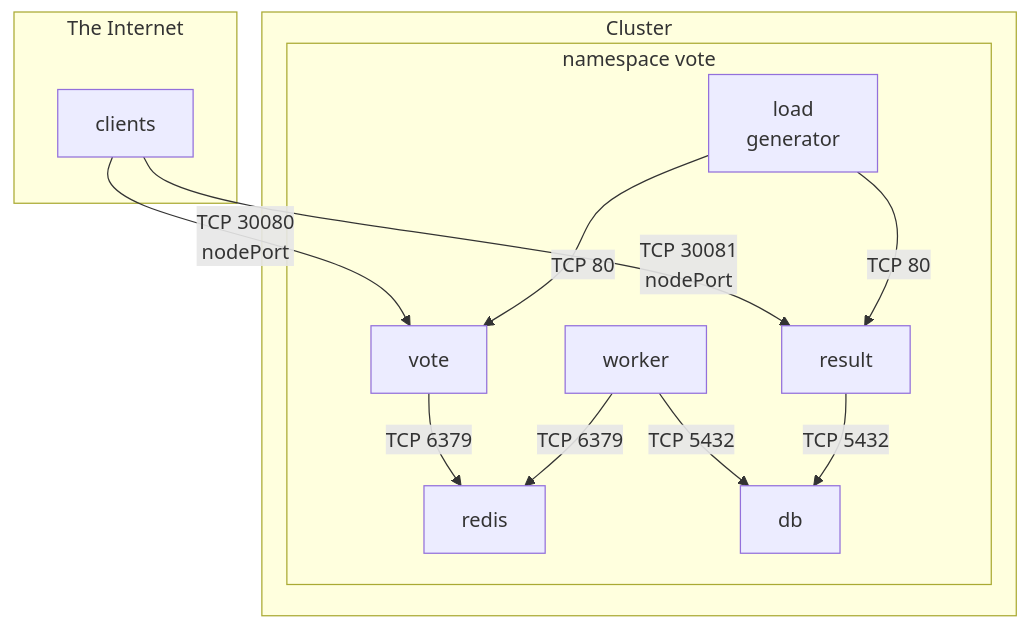
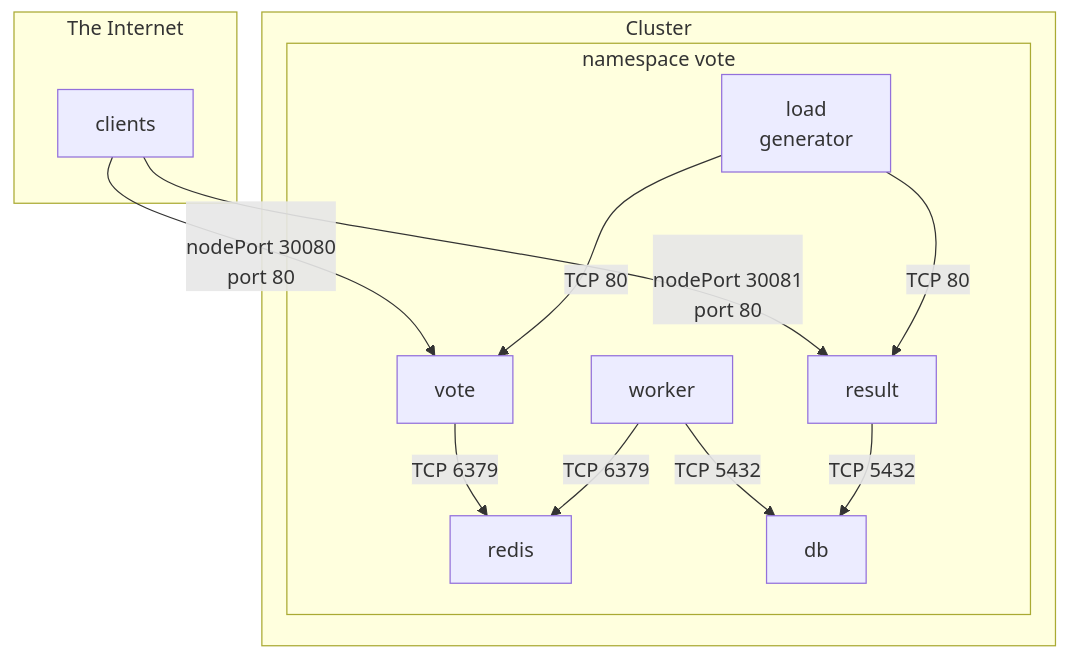
One commit to regisftm/owasp-toronto changed the diagram in README.md. Above: the diagram before and after it, drawn with Mermaid.

````diff
--- a/README.md
+++ b/README.md
@@ -52,24 +52,24 @@
 ```mermaid
 flowchart TD
 subgraph The Internet
     Z[clients]
 end
-Z -->|TCP 30080 \nnodePort| B
-Z -->|TCP 30081 \nnodePort| F
+Z -->|\nnodePort 30080 \n port 80| B
+Z -->|\nnodePort 30081 \n port 80| F
 subgraph Cluster
     subgraph namespace vote
         A[load\n generator]
         B[vote]
         C[redis]
         D[worker] 
         E[db]
         F[result]
     end
     A -->|TCP 80| B
     A -->|TCP 80| F
     B -->|TCP 6379| C
     D -->|TCP 6379| C
     D -->|TCP 5432| E
     F -->|TCP 5432| E
 end
 ```
````
